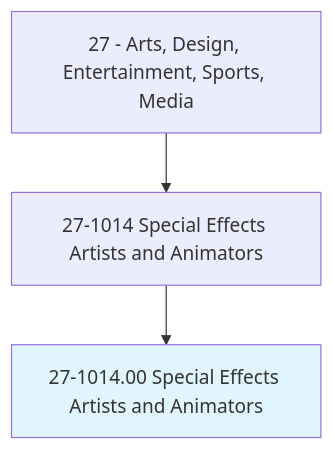
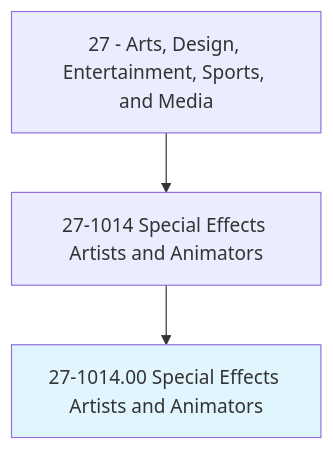
The first of 4 diagrams in occupations/ArtsMedia/SpecialEffectsArtistsAndAnimators.mdx (kziemski/business.org.ai), drawn with Mermaid before and after one commit. The commit also changed other lines of this file and 938 other files, not shown here.

````diff
--- a/occupations/ArtsMedia/SpecialEffectsArtistsAndAnimators.mdx
+++ b/occupations/ArtsMedia/SpecialEffectsArtistsAndAnimators.mdx
@@ -19,6 +23,6 @@
 ```mermaid
 graph TD
-    Cat27["27 - Arts, Design, Entertainment, Sports, Media"] --> Group271014["27-1014 Special Effects Artists and Animators"]
+    Cat27["27 - Arts, Design, Entertainment, Sports, and Media"] --> Group271014["27-1014 Special Effects Artists and Animators"]
     Group271014 --> Current["27-1014.00 Special Effects Artists and Animators"]
     style Current fill:#e1f5fe
 ```
````
